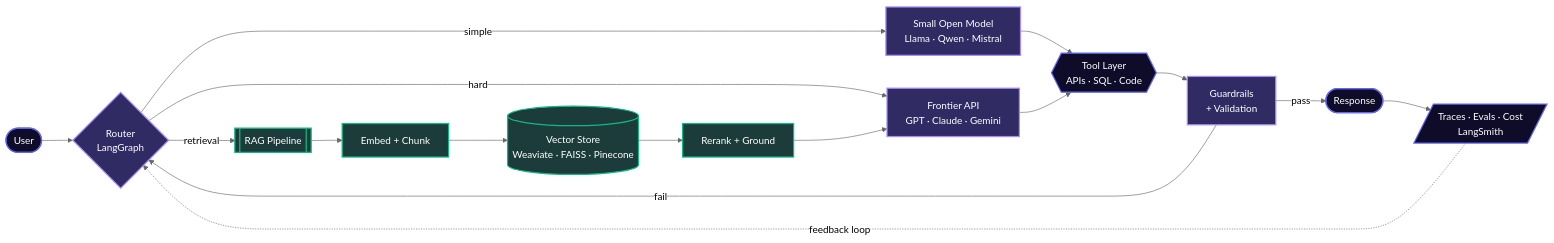
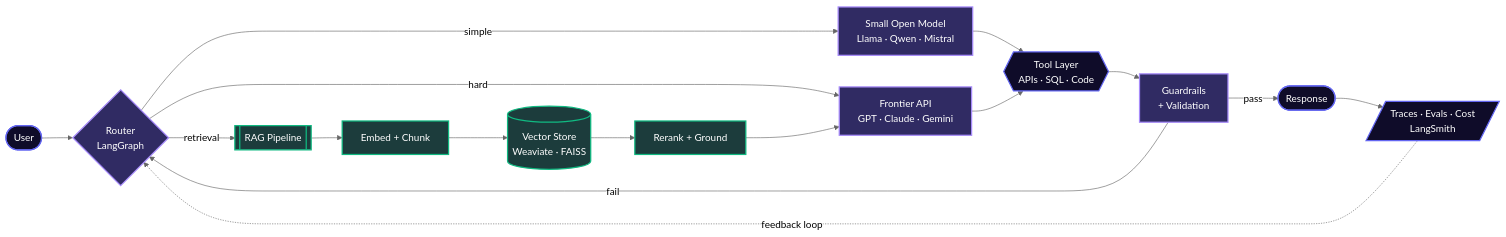
One commit to AbhishekSinghKushwaha/AbhishekSinghKushwaha changed the diagram in README.md. Above: the diagram before and after it, drawn with Mermaid (neutral theme). The commit also changed other lines of this file, not shown here.

````diff
--- a/README.md
+++ b/README.md
@@ -49,29 +49,29 @@
 ```mermaid
 flowchart LR
     U([User]) --> R{Router<br/>LangGraph}
 
     R -->|simple| S[Small Open Model<br/>Llama · Qwen · Mistral]
     R -->|hard| F[Frontier API<br/>GPT · Claude · Gemini]
     R -->|retrieval| RAG[[RAG Pipeline]]
 
     RAG --> E[Embed + Chunk]
-    E --> V[(Vector Store<br/>Weaviate · FAISS · Pinecone)]
+    E --> V[(Vector Store<br/>Weaviate · FAISS)]
     V --> RR[Rerank + Ground]
     RR --> F
 
     S --> T{{Tool Layer<br/>APIs · SQL · Code}}
     F --> T
     T --> G[Guardrails<br/>+ Validation]
     G -->|pass| O([Response])
     G -->|fail| R
 
     O --> OBS[/Traces · Evals · Cost<br/>LangSmith/]
     OBS -.->|feedback loop| R
 
     classDef acc fill:#302b63,stroke:#A78BFA,stroke-width:2px,color:#fff
     classDef store fill:#1C3C3C,stroke:#10B981,stroke-width:2px,color:#fff
     classDef edge fill:#0f0c29,stroke:#6366F1,stroke-width:2px,color:#fff
     class R,S,F,G acc
     class V,E,RR,RAG store
     class U,O,T,OBS edge
 ```
````
